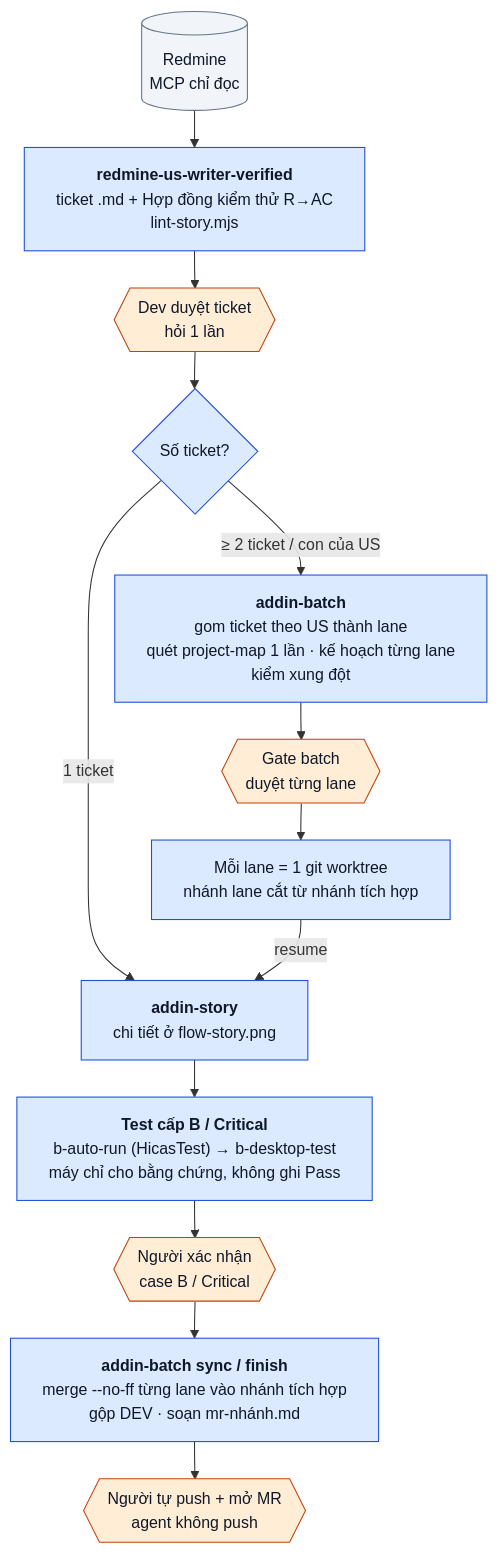
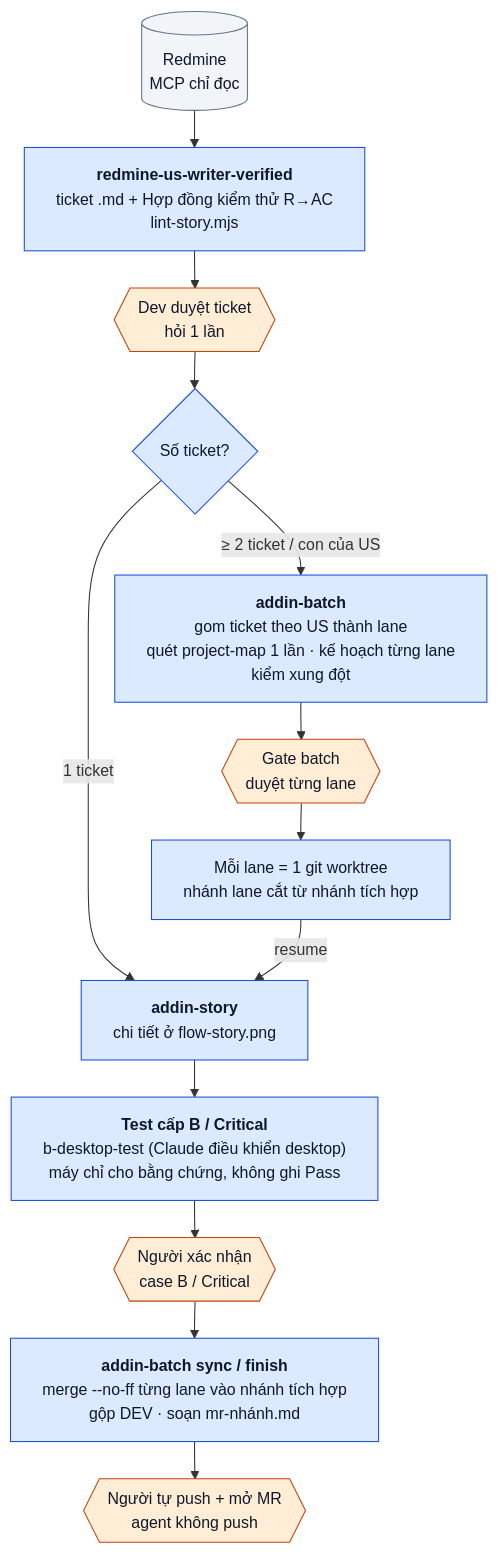
Before and after one commit to longpl-1902/hicas-bim-cad-skills: the diagram in docs/flow-overview.mmd, drawn with Mermaid. The commit also changed 10 other files, not shown here.

First line of the commit message:
chore: remove b-auto-run (HicasTest no longer used)

```diff
--- a/docs/flow-overview.mmd
+++ b/docs/flow-overview.mmd
@@ -1,30 +1,30 @@
 %% Tổng quan luồng hicas-bimcad. Sửa file này rồi sinh lại ảnh theo docs/README.md.
 %%{init: {"flowchart": {"wrappingWidth": 460, "nodeSpacing": 30, "rankSpacing": 35, "htmlLabels": true}, "themeVariables": {"fontSize": "15px"}}}%%
 %% Màu: xanh = skill, cam = cổng người duyệt, tím = agent con, xám = hệ thống ngoài.
 flowchart TB
   classDef skill fill:#dbeafe,stroke:#1d4ed8,color:#0f172a
   classDef gate fill:#ffedd5,stroke:#c2410c,color:#0f172a
   classDef agent fill:#ede9fe,stroke:#6d28d9,color:#0f172a
   classDef data fill:#f1f5f9,stroke:#64748b,color:#0f172a
 
   RM[(Redmine<br/>MCP chỉ đọc)]:::data
   W["<b>redmine-us-writer-verified</b><br/>ticket .md + Hợp đồng kiểm thử R→AC<br/>lint-story.mjs"]:::skill
   G0{{"Dev duyệt ticket<br/>hỏi 1 lần"}}:::gate
   ROUTE{"Số ticket?"}:::skill
   RM --> W --> G0 --> ROUTE
 
   B["<b>addin-batch</b><br/>gom ticket theo US thành lane<br/>quét project-map 1 lần · kế hoạch từng lane<br/>kiểm xung đột"]:::skill
   BG{{"Gate batch<br/>duyệt từng lane"}}:::gate
   WT["Mỗi lane = 1 git worktree<br/>nhánh lane cắt từ nhánh tích hợp"]:::skill
   S["<b>addin-story</b><br/>chi tiết ở flow-story.png"]:::skill
 
   ROUTE -- "1 ticket" --> S
   ROUTE -- "≥ 2 ticket / con của US" --> B --> BG --> WT -- "resume" --> S
 
-  T["<b>Test cấp B / Critical</b><br/>b-auto-run (HicasTest) → b-desktop-test<br/>máy chỉ cho bằng chứng, không ghi Pass"]:::skill
+  T["<b>Test cấp B / Critical</b><br/>b-desktop-test (Claude điều khiển desktop)<br/>máy chỉ cho bằng chứng, không ghi Pass"]:::skill
   TG{{"Người xác nhận<br/>case B / Critical"}}:::gate
   S --> T --> TG
 
   M["<b>addin-batch sync / finish</b><br/>merge --no-ff từng lane vào nhánh tích hợp<br/>gộp DEV · soạn mr-nhánh.md"]:::skill
   MR{{"Người tự push + mở MR<br/>agent không push"}}:::gate
   TG --> M --> MR
```
